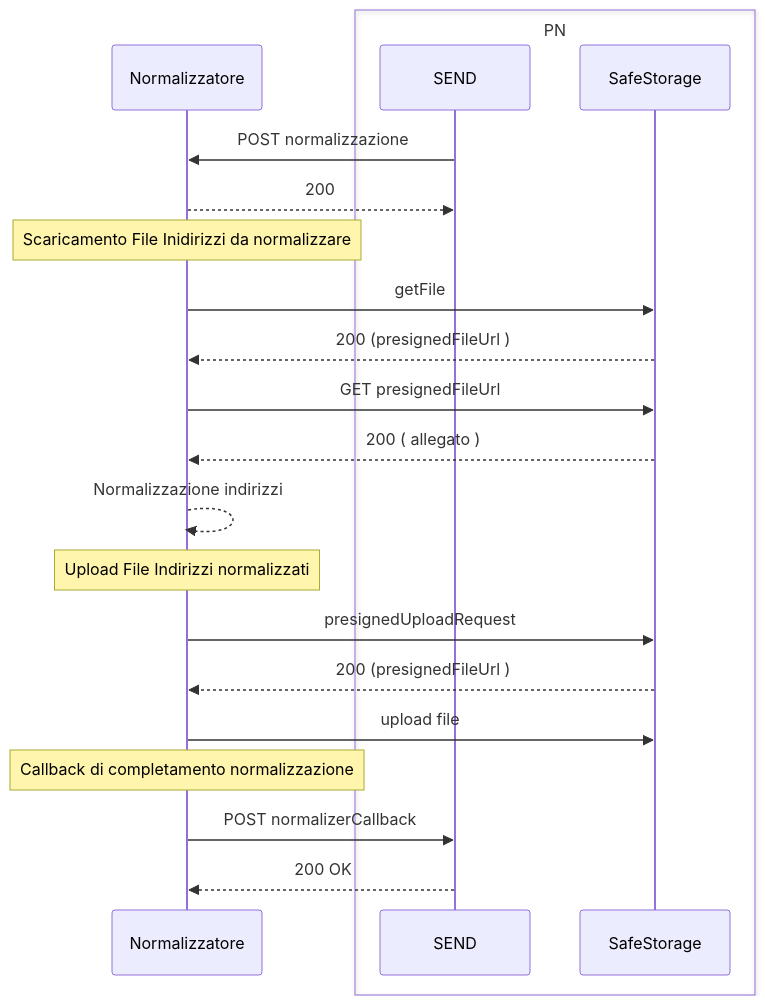
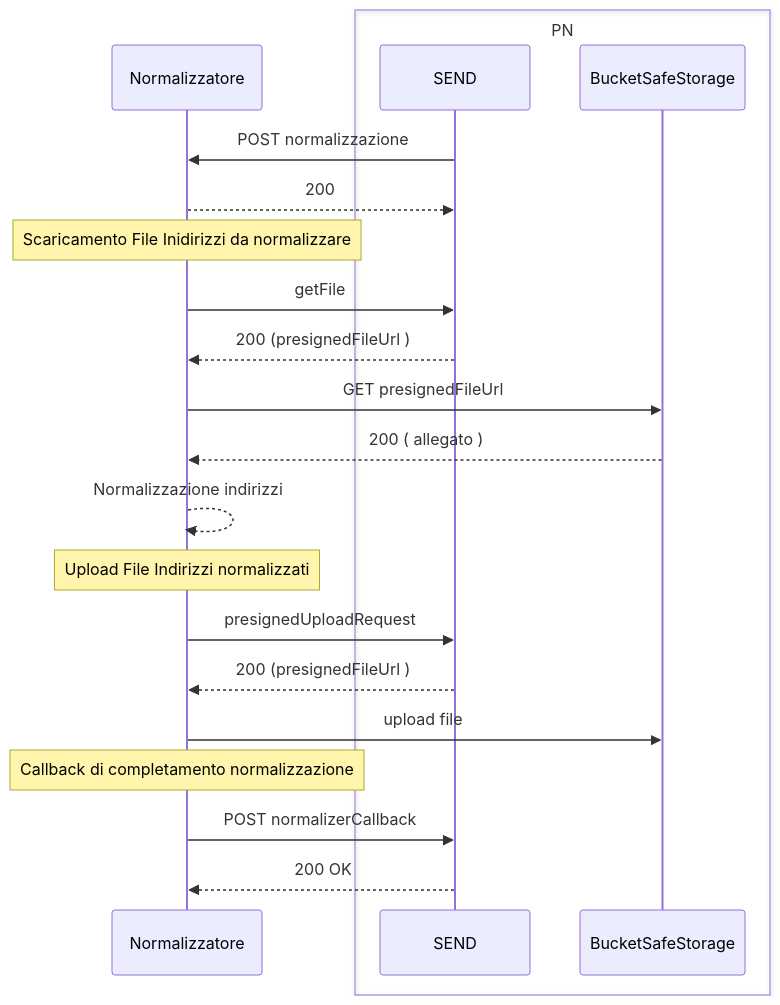
One commit to pagopa/pn-postalizzazione-api changed the first of 2 diagrams in docs/normalizzazioneIndirizzi.md. Above: the diagram before and after it, drawn with Mermaid. The commit also changed other lines of this file, not shown here.

````diff
--- a/docs/normalizzazioneIndirizzi.md
+++ b/docs/normalizzazioneIndirizzi.md
@@ -44,33 +44,33 @@
 ```mermaid
 sequenceDiagram
 
     participant NORM as Normalizzatore
     box PN
     participant SEND as SEND
-    participant ss as SafeStorage
+    participant ss as BucketSafeStorage
     end 
     
     SEND->>NORM: POST normalizzazione
     NORM-->>SEND: 200
 
 
 
 note over NORM : Scaricamento File Inidirizzi da normalizzare
-    NORM->>ss: getFile
-    ss-->>NORM: 200 (presignedFileUrl )
+    NORM->>SEND: getFile
+    SEND-->>NORM: 200 (presignedFileUrl )
     NORM ->> ss: GET presignedFileUrl
     ss -->> NORM : 200 ( allegato ) 
 
     NORM -->> NORM : Normalizzazione indirizzi
 
 note over NORM : Upload File Indirizzi normalizzati
-    NORM->>ss: presignedUploadRequest
-    ss-->>NORM: 200 (presignedFileUrl )
+    NORM->>SEND: presignedUploadRequest
+    SEND-->>NORM: 200 (presignedFileUrl )
     NORM ->> ss: upload file
 
 note over NORM : Callback di completamento normalizzazione
     NORM ->> SEND : POST normalizerCallback
     SEND -->> NORM : 200 OK
 
 
 ```
````
